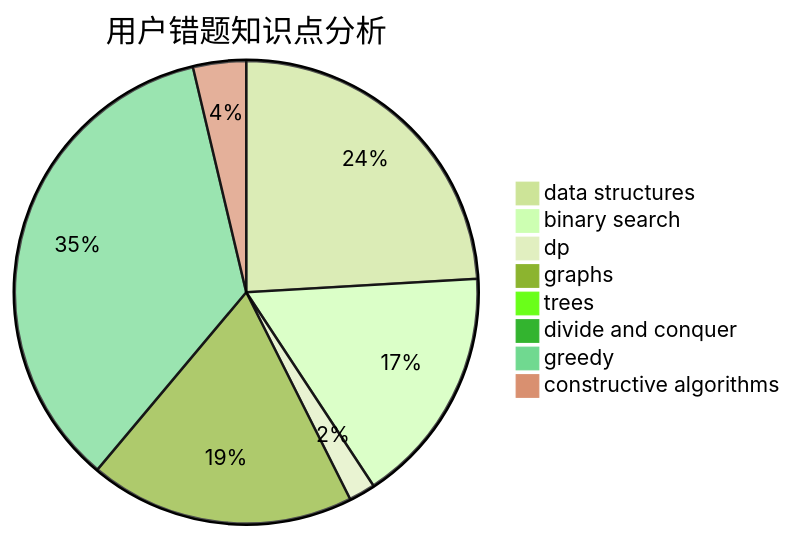
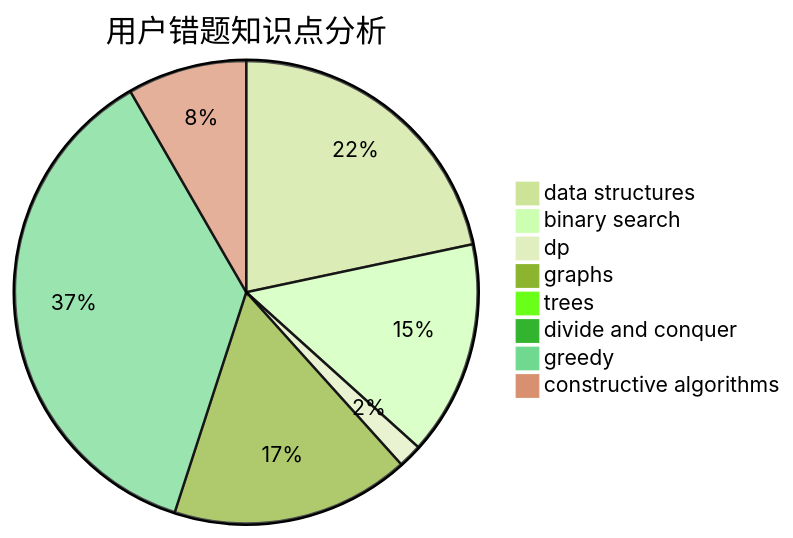
One commit to sherpahu/cfrs.github.io changed the third of 3 diagrams in docs/user/u86.md. Above: the diagram before and after it, drawn with Mermaid (forest theme). The commit also changed other lines of this file and 2770 other files, not shown here.

````diff
--- a/docs/user/u86.md
+++ b/docs/user/u86.md
@@ -36,11 +36,11 @@
 ```mermaid
 pie title 用户错题知识点分析
     "data structures" :  13
     "binary search" :  9
     "dp" :  1
     "graphs" :  10
     "trees" :  0
     "divide and conquer" :  0
-    "greedy" :  19
-    "constructive algorithms" :  2
+    "greedy" :  22
+    "constructive algorithms" :  5
 ```
````
